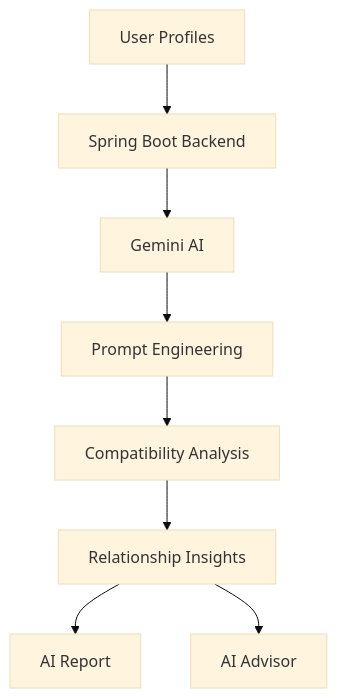
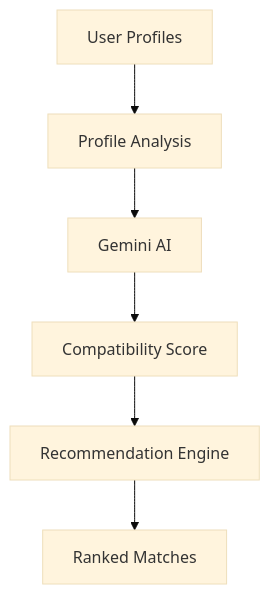
One commit to TheKanishkDev/SoulSync-AI changed the third of 21 diagrams in README.md. Above: the diagram before and after it, drawn with Mermaid (base theme). The commit also changed other lines of this file, not shown here.

````diff
--- a/README.md
+++ b/README.md
@@ -406,33 +391,25 @@
 ```mermaid
 flowchart TD
 
 A[User Profiles]
 
-B[Spring Boot Backend]
+B[Profile Analysis]
 
 C[Gemini AI]
 
-D[Prompt Engineering]
+D[Compatibility Score]
 
-E[Compatibility Analysis]
+E[Recommendation Engine]
 
-F[Relationship Insights]
-
-G[AI Report]
-
-H[AI Advisor]
+F[Ranked Matches]
 
 A --> B
 
 B --> C
 
 C --> D
 
 D --> E
 
 E --> F
-
-F --> G
-
-F --> H
 ```
````
